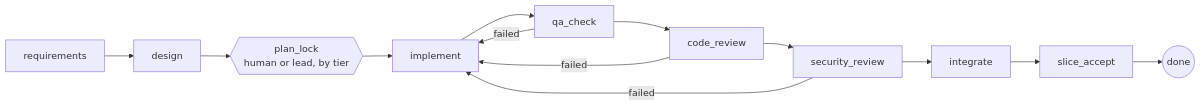
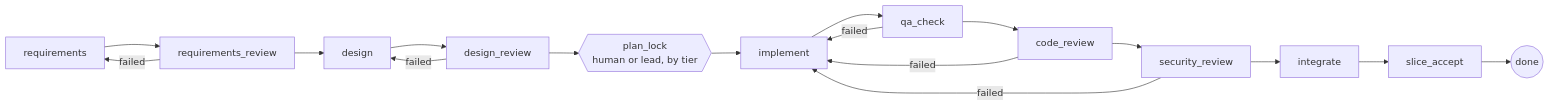
One commit to aurbanow1/url-shortener-agentic-sdlc changed the third of 4 diagrams in docs/ARCHITECTURE.md. Above: the diagram before and after it, drawn with Mermaid. The commit also changed other lines of this file and 12 other files, not shown here.

````diff
--- a/docs/ARCHITECTURE.md
+++ b/docs/ARCHITECTURE.md
@@ -97,11 +101,15 @@
 ```mermaid
 flowchart LR
-  REQ[requirements] --> DES[design] --> PL{{plan_lock<br/>human or lead, by tier}}
+  REQ[requirements] --> RQR[requirements_review]
+  RQR -- failed --> REQ
+  RQR --> DES[design] --> DSR[design_review]
+  DSR -- failed --> DES
+  DSR --> PL{{plan_lock<br/>human or lead, by tier}}
   PL --> IMPL[implement] --> QA[qa_check]
   QA -- failed --> IMPL
   QA --> CR[code_review]
   CR -- failed --> IMPL
   CR --> SEC[security_review]
   SEC -- failed --> IMPL
   SEC --> INT[integrate] --> ACC[slice_accept] --> DONE((done))
 ```
````
